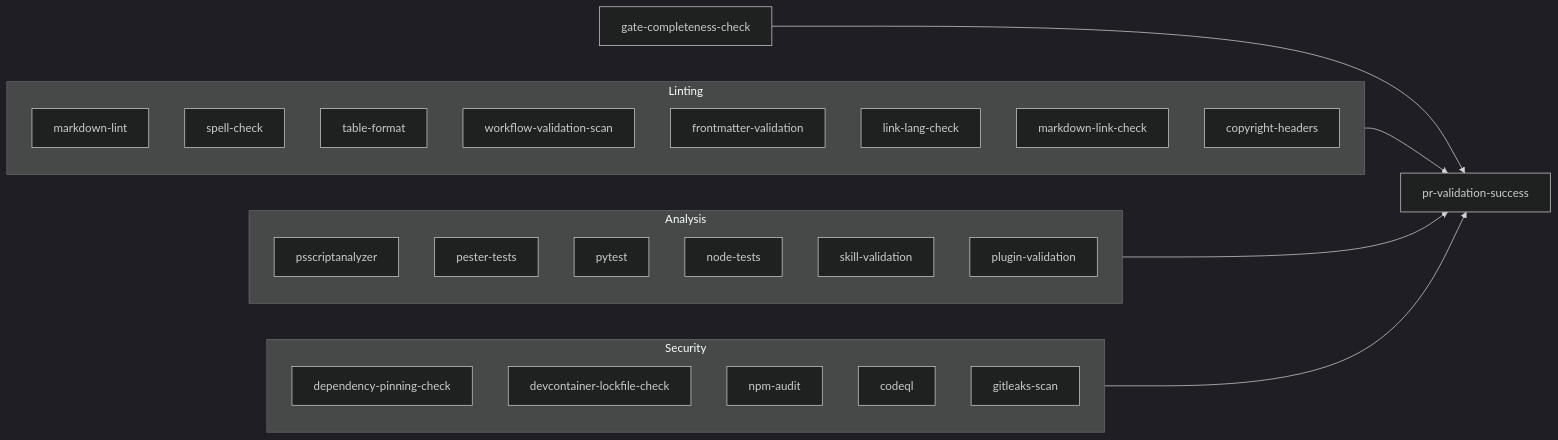
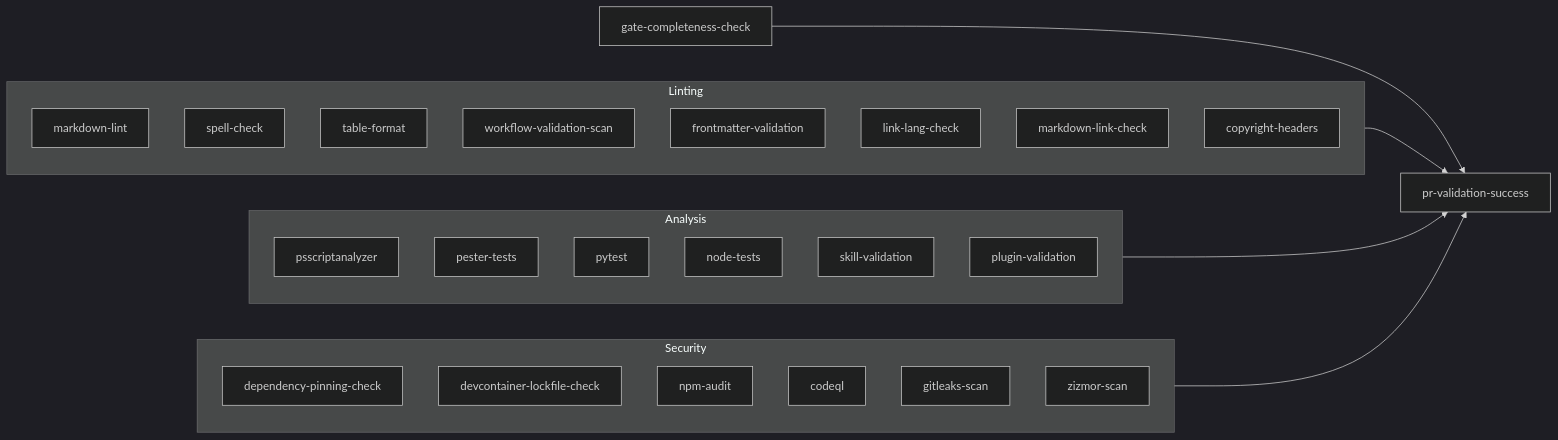
The second of 3 diagrams in docs/architecture/workflows.md (microsoft/hve-core), drawn with Mermaid (dark theme) before and after one commit. The commit also changed other lines of this file and 14 other files, not shown here.

````diff
--- a/docs/architecture/workflows.md
+++ b/docs/architecture/workflows.md
@@ -161,37 +163,38 @@
 ```mermaid
 flowchart LR
     accTitle: Pull Request Validation Job Groups
     accDescr: Linting, analysis, and security validation groups run in parallel, then every job feeds the pr-validation-success aggregator gate that branch protection requires.
     subgraph "Linting"
         ML[markdown-lint]
         SC[spell-check]
         TF[table-format]
         WV[workflow-validation-scan]
         FV[frontmatter-validation]
         LLC[link-lang-check]
         MLC[markdown-link-check]
         CH[copyright-headers]
     end
 
     subgraph "Analysis"
         PSA[psscriptanalyzer]
         PT[pester-tests]
         PY[pytest]
         NT[node-tests]
         SV[skill-validation]
         PV[plugin-validation]
     end
 
     subgraph "Security"
         DPC[dependency-pinning-check]
         DCL[devcontainer-lockfile-check]
         NA[npm-audit]
         CQL[codeql]
         GLS[gitleaks-scan]
+        ZZ[zizmor-scan]
     end
 
     Linting --> GATE[pr-validation-success]
     Analysis --> GATE
     Security --> GATE
     GCC[gate-completeness-check] --> GATE
 ```
````
